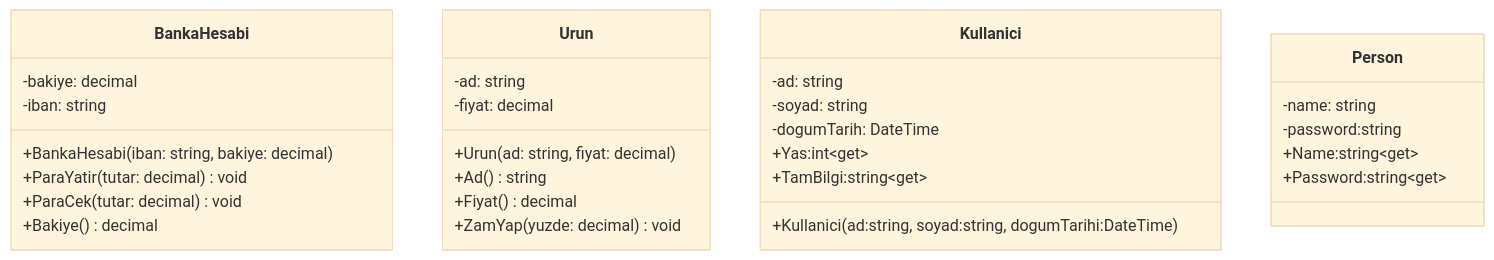
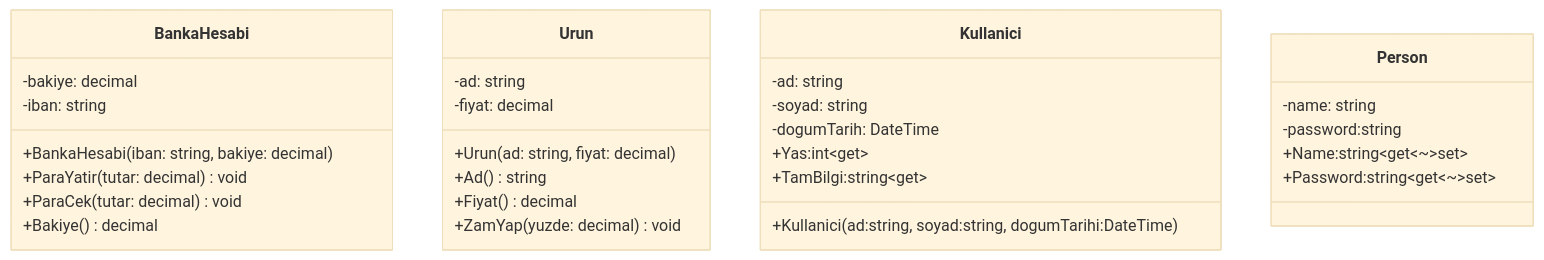
Before and after one commit to ibrahimayaz/Nesne-Yonelimli-Programlama-2025: the diagram in Hafta03/README.md, drawn with Mermaid (base theme).

Commit message:
Hafta03 Güncellendi

````diff
--- a/Hafta03/README.md
+++ b/Hafta03/README.md
@@ -10,38 +10,38 @@
 ```mermaid
 classDiagram
     class BankaHesabi {
       -bakiye: decimal
       -iban: string
       +BankaHesabi(iban: string, bakiye: decimal)
       +ParaYatir(tutar: decimal) void
       +ParaCek(tutar: decimal) void
       +Bakiye() decimal
     }
 
     class Urun {
       -ad: string
       -fiyat: decimal
       +Urun(ad: string, fiyat: decimal)
       +Ad() string
       +Fiyat() decimal
       +ZamYap(yuzde: decimal) void
     }
 
     class Kullanici {
       -ad: string
       -soyad: string
       -dogumTarih: DateTime
       +Yas:int~get~
       +TamBilgi:string~get~
       +Kullanici(ad:string, soyad:string, dogumTarihi:DateTime)
     }
  
 
     class Person {
       -name: string
       -password:string
-      +Name:string~get~ <set~
-      +Password:string~get~ <set~
+      +Name:string~get~~~set~
+      +Password:string~get~~~set~
     }
     
 ```
````
